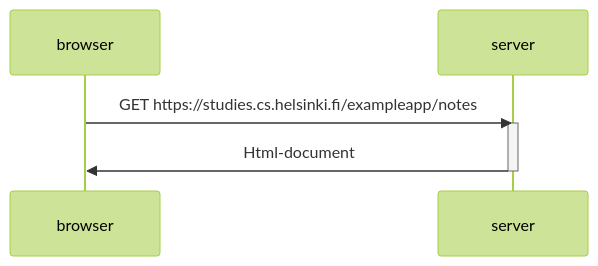
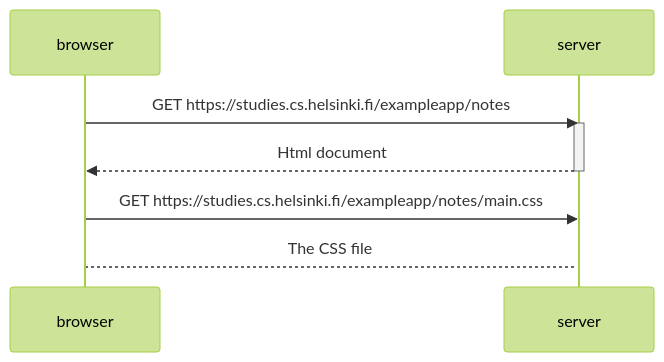
One commit to TegelVee/Fullstack_exerciserepo changed the diagram in osa0/sequencechart.md. Above: the diagram before and after it, drawn with Mermaid (forest theme).

Commit message:
Update sequencechart.md
This sequence chart shows what happens, when I download content on this webpage: https://studies.cs.helsinki.fi/exampleapp/notes

````diff
--- a/osa0/sequencechart.md
+++ b/osa0/sequencechart.md
@@ -3,10 +3,14 @@
 ```mermaid
 sequenceDiagram
   participant browser
   participant server
   browser->>server: GET https://studies.cs.helsinki.fi/exampleapp/notes
   activate server
-  server->>browser: Html-document
+  server-->>browser: Html document
   deactivate server
 
+  browser->>server: GET https://studies.cs.helsinki.fi/exampleapp/notes/main.css
+  activate server
+  server-->browser: The CSS file
+
 ```
````
